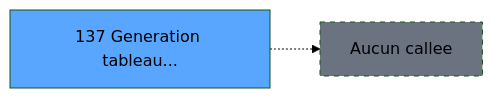
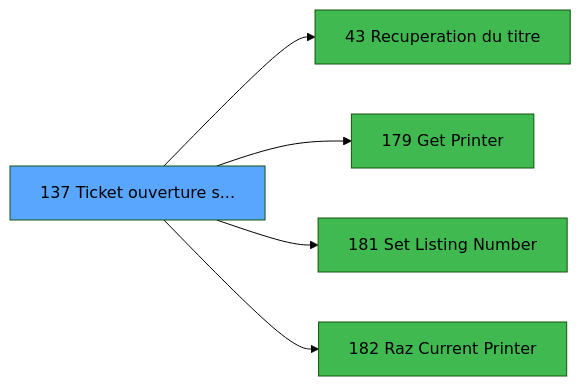
One commit to thonyAGP/lecteur-magic changed the third of 3 diagrams in .openspec/specs/ADH-IDE-137.md. Above: the diagram before and after it, drawn with Mermaid (forest theme). The commit also changed other lines of this file and 33 other files, not shown here.

````diff
--- a/.openspec/specs/ADH-IDE-137.md
+++ b/.openspec/specs/ADH-IDE-137.md
@@ -305,8 +565,17 @@
 ```mermaid
 graph LR
-    T137[137 Generation tableau...]
+    T137[137 Ticket ouverture s...]
     style T137 fill:#58a6ff
-    NONE[Aucun callee]
-    T137 -.-> NONE
-    style NONE fill:#6b7280,stroke-dasharray: 5 5
+    C43[43 Recuperation du titre]
+    T137 --> C43
+    style C43 fill:#3fb950
+    C179[179 Get Printer]
+    T137 --> C179
+    style C179 fill:#3fb950
+    C181[181 Set Listing Number]
+    T137 --> C181
+    style C181 fill:#3fb950
+    C182[182 Raz Current Printer]
+    T137 --> C182
+    style C182 fill:#3fb950
 ```
````
